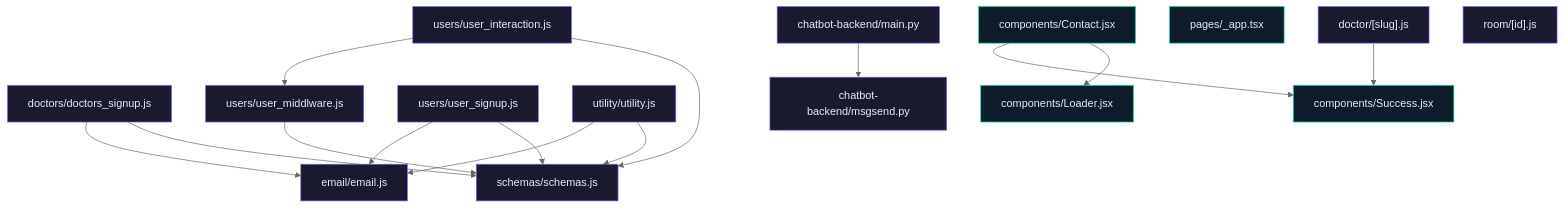
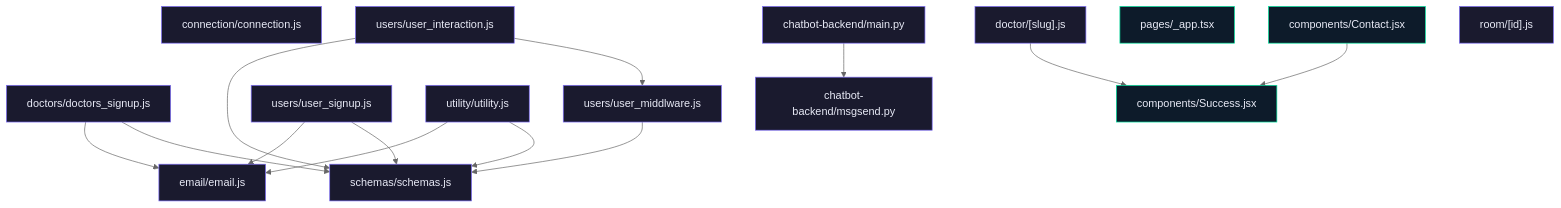
One commit to ArifRahaman/JU-Srijan-Healthcare-website changed the diagram in README.md. Above: the diagram before and after it, drawn with Mermaid (neutral theme). The commit also changed other lines of this file, not shown here.

Commit message:
Update README via DocuGenius

````diff
--- a/README.md
+++ b/README.md
@@ -103,51 +103,50 @@
 ```mermaid
 flowchart TD
+    backend_connection_connection_js["connection/connection.js"]
     backend_email_email_js["email/email.js"]
     backend_routers_doctors_doctors_signup_js["doctors/doctors_signup.js"]
     backend_routers_users_user_interaction_js["users/user_interaction.js"]
     backend_routers_users_user_middlware_js["users/user_middlware.js"]
     backend_routers_users_user_signup_js["users/user_signup.js"]
     backend_routers_utility_utility_js["utility/utility.js"]
     backend_schemas_schemas_js["schemas/schemas.js"]
     chatbot_backend_main_py["chatbot-backend/main.py"]
     chatbot_backend_msgsend_py["chatbot-backend/msgsend.py"]
     frontend_components_Contact_jsx["components/Contact.jsx"]
-    frontend_components_Loader_jsx["components/Loader.jsx"]
     frontend_components_Success_jsx["components/Success.jsx"]
     frontend_pages__app_tsx["pages/_app.tsx"]
     frontend_pages_doctor__slug__js["doctor/[slug].js"]
     frontend_pages_room__id__js["room/[id].js"]
 
     chatbot_backend_main_py --> chatbot_backend_msgsend_py
-    frontend_components_Contact_jsx --> frontend_components_Success_jsx
-    frontend_components_Contact_jsx --> frontend_components_Loader_jsx
-    backend_routers_users_user_signup_js --> backend_email_email_js
-    backend_routers_users_user_signup_js --> backend_schemas_schemas_js
+    backend_routers_doctors_doctors_signup_js --> backend_schemas_schemas_js
+    backend_routers_doctors_doctors_signup_js --> backend_email_email_js
+    backend_routers_users_user_middlware_js --> backend_schemas_schemas_js
+    backend_routers_utility_utility_js --> backend_schemas_schemas_js
     backend_routers_utility_utility_js --> backend_email_email_js
-    backend_routers_utility_utility_js --> backend_schemas_schemas_js
-    backend_routers_doctors_doctors_signup_js --> backend_email_email_js
-    backend_routers_doctors_doctors_signup_js --> backend_schemas_schemas_js
     backend_routers_users_user_interaction_js --> backend_routers_users_user_middlware_js
     backend_routers_users_user_interaction_js --> backend_schemas_schemas_js
-    backend_routers_users_user_middlware_js --> backend_schemas_schemas_js
+    frontend_components_Contact_jsx --> frontend_components_Success_jsx
+    backend_routers_users_user_signup_js --> backend_schemas_schemas_js
+    backend_routers_users_user_signup_js --> backend_email_email_js
     frontend_pages_doctor__slug__js --> frontend_components_Success_jsx
 
     classDef backend fill:#1a1a2e,stroke:#7c6cf8,color:#e8eaf6
     classDef frontend fill:#0d1b2a,stroke:#00e8a2,color:#e8eaf6
     classDef config fill:#1a0a0a,stroke:#f5a623,color:#e8eaf6
+    class backend_connection_connection_js backend
     class backend_email_email_js backend
     class backend_routers_doctors_doctors_signup_js backend
     class backend_routers_users_user_interaction_js backend
     class backend_routers_users_user_middlware_js backend
     class backend_routers_users_user_signup_js backend
     class backend_routers_utility_utility_js backend
     class backend_schemas_schemas_js backend
     class chatbot_backend_main_py backend
     class chatbot_backend_msgsend_py backend
     class frontend_components_Contact_jsx frontend
-    class frontend_components_Loader_jsx frontend
     class frontend_components_Success_jsx frontend
     class frontend_pages__app_tsx frontend
     class frontend_pages_doctor__slug__js backend
     class frontend_pages_room__id__js backend
 ```
````
